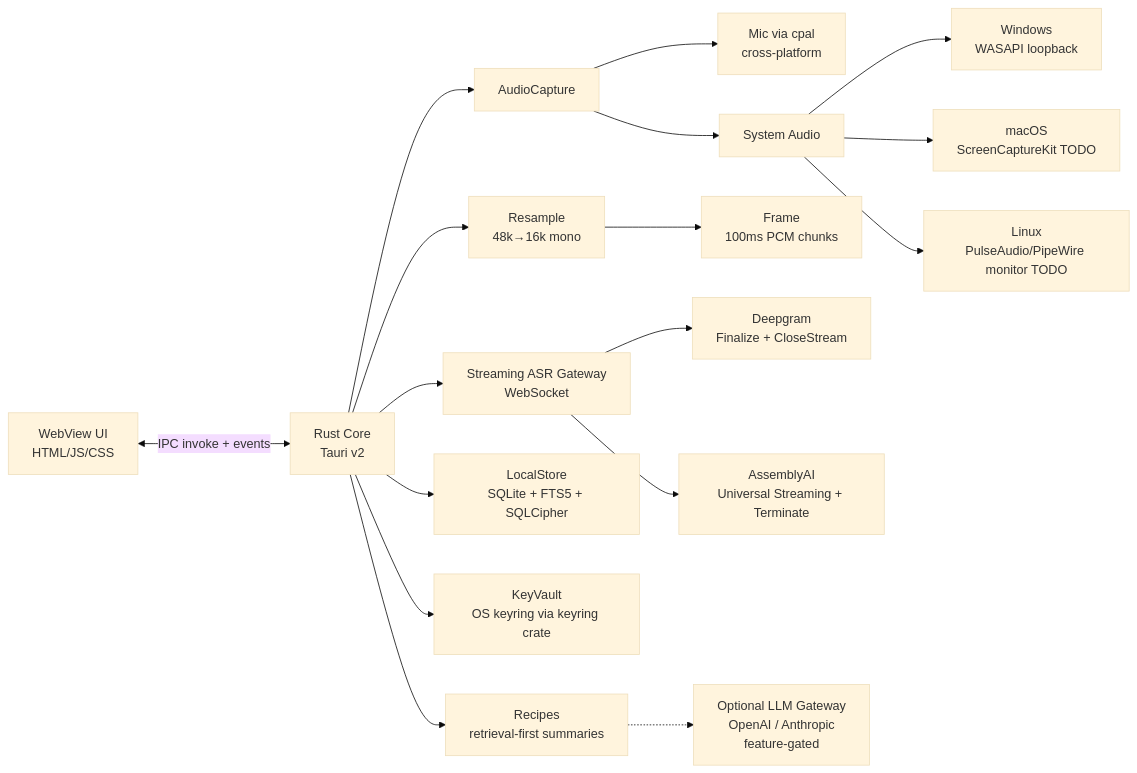
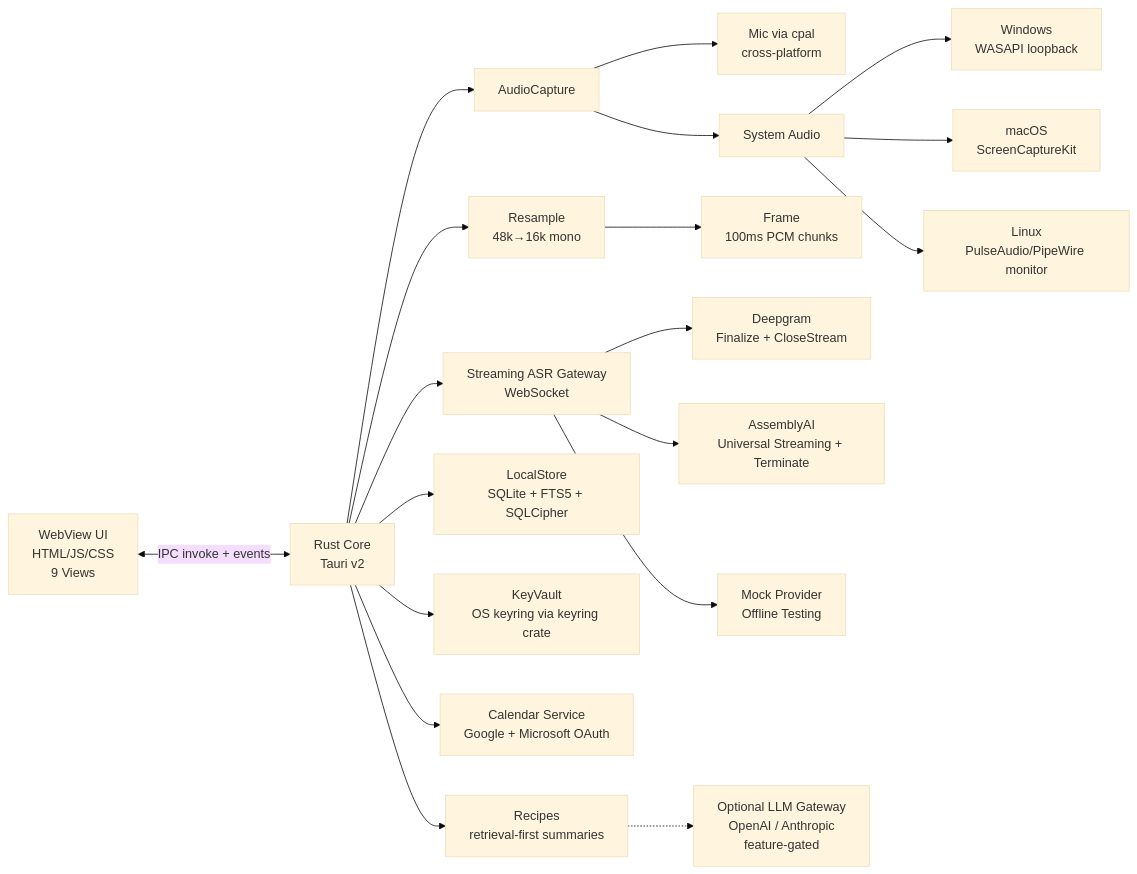
The first of 4 diagrams in docs/diagrams.md (Intelli-Holdings/audire), drawn with Mermaid (base theme) before and after one commit.

Commit message:
docs: update architecture diagrams with additional details and remove TODOs

````diff
--- a/docs/diagrams.md
+++ b/docs/diagrams.md
@@ -5,24 +5,26 @@
 ```mermaid
 flowchart LR
-  UI[WebView UI<br/>HTML/JS/CSS] <-- IPC invoke + events --> CORE[Rust Core<br/>Tauri v2]
+  UI[WebView UI<br/>HTML/JS/CSS<br/>9 Views] <-- IPC invoke + events --> CORE[Rust Core<br/>Tauri v2]
 
   CORE --> AC[AudioCapture]
   AC --> MIC[Mic via cpal<br/>cross-platform]
   AC --> SYS[System Audio]
   SYS --> WIN[Windows<br/>WASAPI loopback]
-  SYS --> MAC[macOS<br/>ScreenCaptureKit TODO]
-  SYS --> LNX[Linux<br/>PulseAudio/PipeWire monitor TODO]
+  SYS --> MAC[macOS<br/>ScreenCaptureKit]
+  SYS --> LNX[Linux<br/>PulseAudio/PipeWire monitor]
 
   CORE --> RESAMPLE[Resample<br/>48k→16k mono]
   RESAMPLE --> FRAME[Frame<br/>100ms PCM chunks]
 
   CORE --> ASR[Streaming ASR Gateway<br/>WebSocket]
   ASR --> DG[Deepgram<br/>Finalize + CloseStream]
   ASR --> AAI[AssemblyAI<br/>Universal Streaming + Terminate]
+  ASR --> MOCK[Mock Provider<br/>Offline Testing]
 
   CORE --> DB[LocalStore<br/>SQLite + FTS5 + SQLCipher]
   CORE --> KV[KeyVault<br/>OS keyring via keyring crate]
 
+  CORE --> CAL[Calendar Service<br/>Google + Microsoft OAuth]
   CORE --> RECIPE[Recipes<br/>retrieval-first summaries]
   RECIPE -.-> LLM[Optional LLM Gateway<br/>OpenAI / Anthropic<br/>feature-gated]
 ```
````
